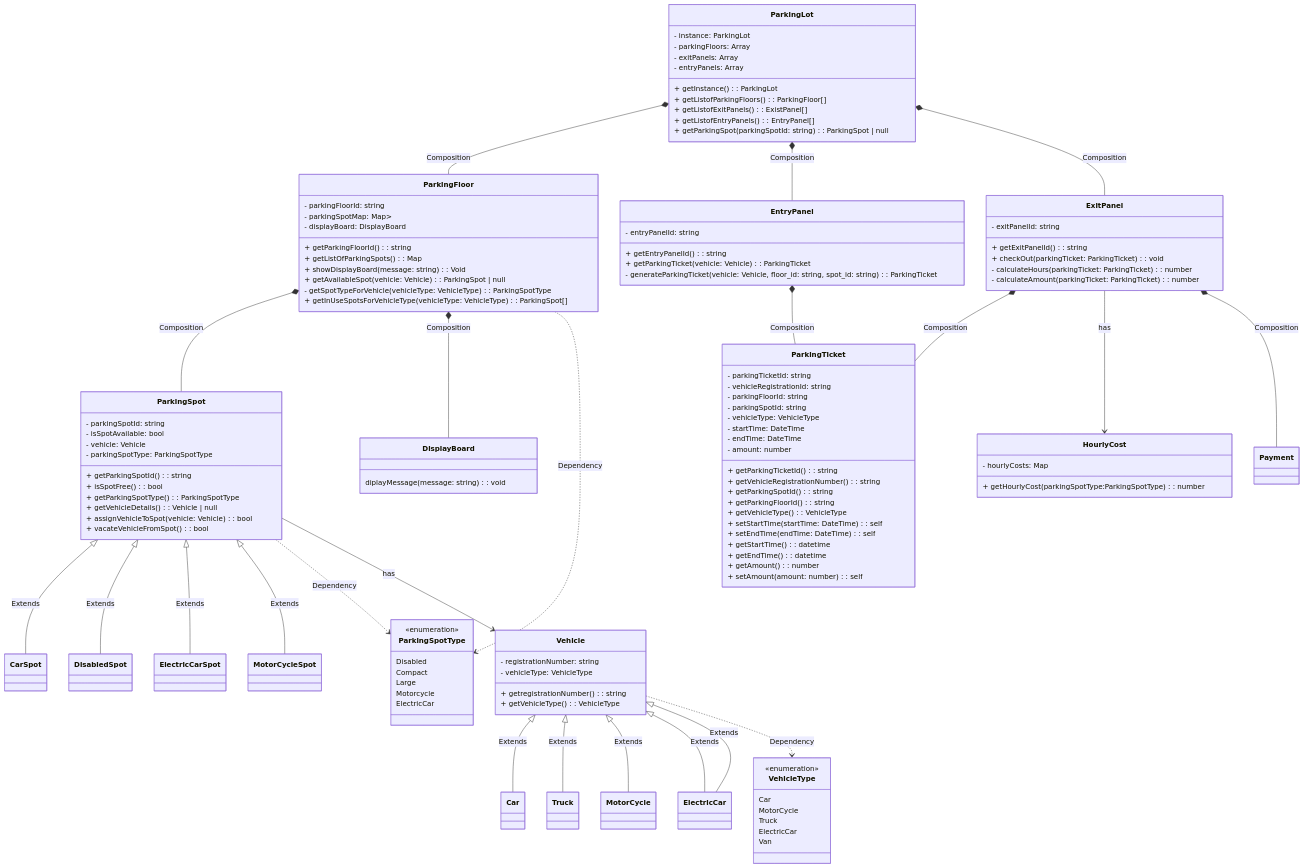
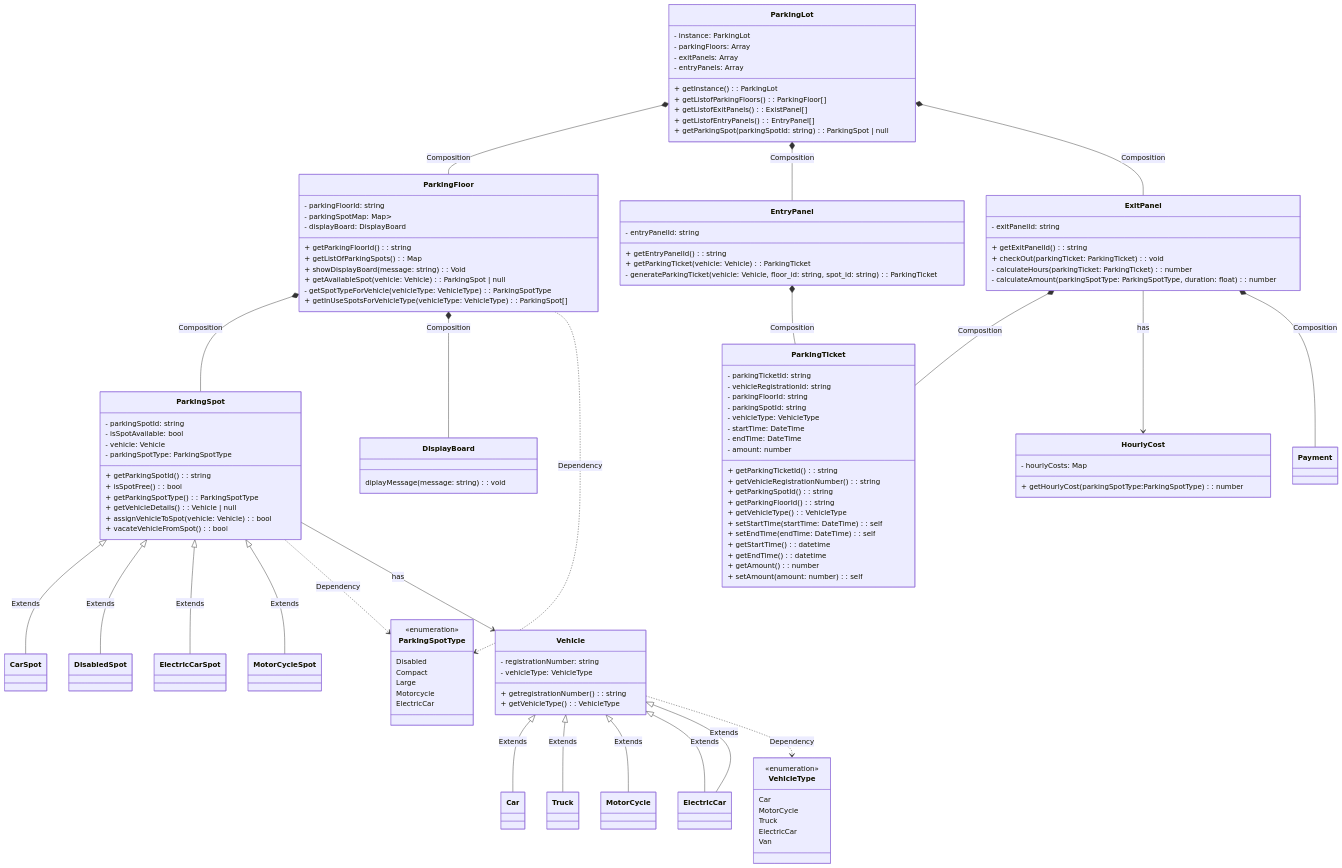
One commit to vinaycchndra/Python_LLDs changed the diagram in ParkingLot/ReadMe.md. Above: the diagram before and after it, drawn with Mermaid. The commit also changed 5 other files, not shown here.

```diff
--- a/ParkingLot/ReadMe.md
+++ b/ParkingLot/ReadMe.md
@@ -52,7 +52,7 @@
  + getExitPanelId(): string
  + checkOut(parkingTicket: ParkingTicket): void
  - calculateHours(parkingTicket: ParkingTicket): number
- - calculateAmount(parkingTicket: ParkingTicket): number
+ - calculateAmount(parkingSpotType: ParkingSpotType, duration: float): number
 }
 
 class ParkingSpot{
```
